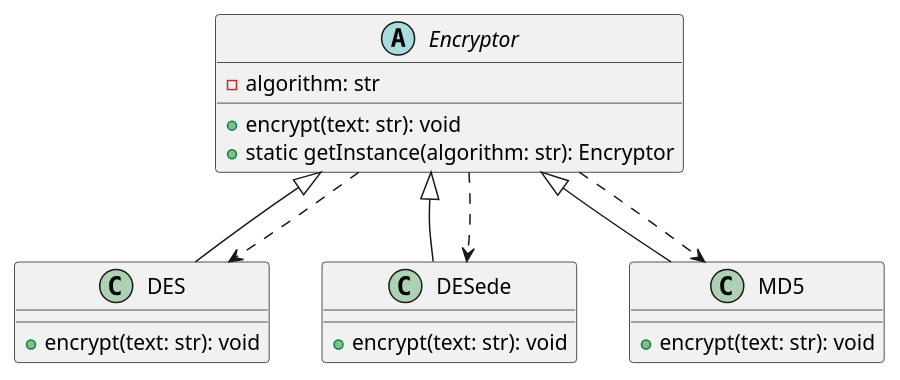
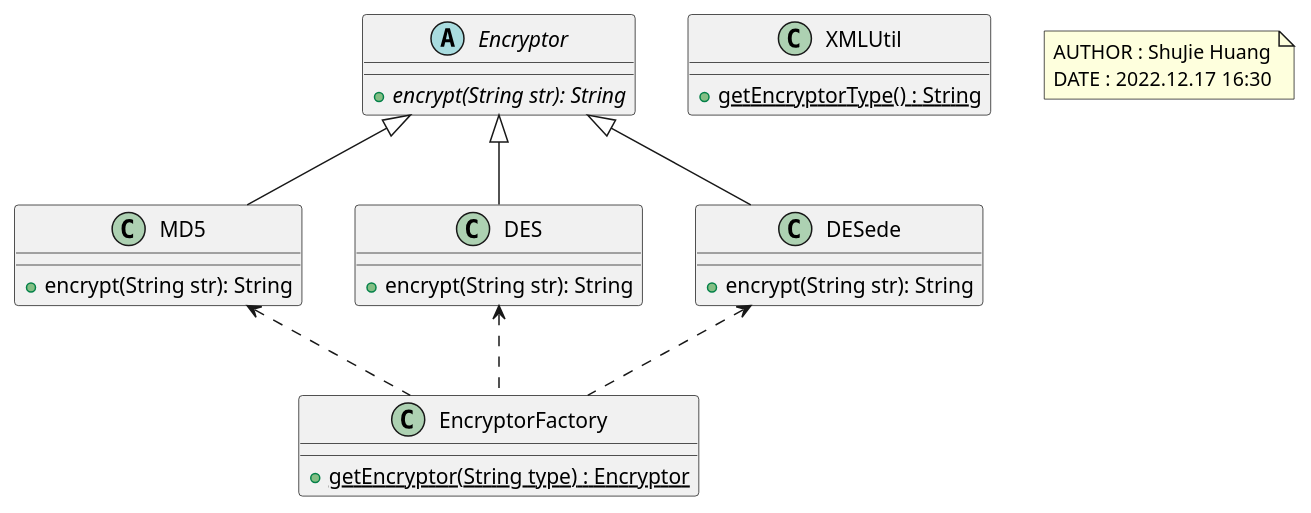
One commit to Daowaishho/ArchitectureLab2 changed the diagram in src/main/java/question3/1.puml. Above: the diagram before and after it, drawn with PlantUML. The commit also changed 22 other files, not shown here.

```diff
--- a/src/main/java/question3/1.puml
+++ b/src/main/java/question3/1.puml
@@ -1,25 +1,40 @@
 @startuml
 
 abstract class Encryptor {
-    -algorithm: str
-    +encrypt(text: str): void
-    +static getInstance(algorithm: str): Encryptor
+    + {abstract} encrypt(String str): String
 }
 
-class DES extends Encryptor {
-    +encrypt(text: str): void
+class DES {
+    + encrypt(String str): String
 }
 
-class DESede extends Encryptor {
-    +encrypt(text: str): void
+class DESede {
+    + encrypt(String str): String
 }
 
-class MD5 extends Encryptor {
-    +encrypt(text: str): void
+class MD5 {
+    + encrypt(String str): String
 }
 
-Encryptor ..> DES
-Encryptor ..> DESede
-Encryptor ..> MD5
+class EncryptorFactory {
+    + {static} getEncryptor(String type) : Encryptor
+}
+
+class XMLUtil {
+    + {static} getEncryptorType() : String
+}
+
+DES -up-|> Encryptor
+DESede -up-|> Encryptor
+MD5 -up-|> Encryptor
+
+EncryptorFactory .up.> DESede
+EncryptorFactory .up.> DES
+EncryptorFactory .up.> MD5
+
+note as annotation
+  AUTHOR : ShuJie Huang
+  DATE : 2022.12.17 16:30
+end note
 
 @enduml
```
